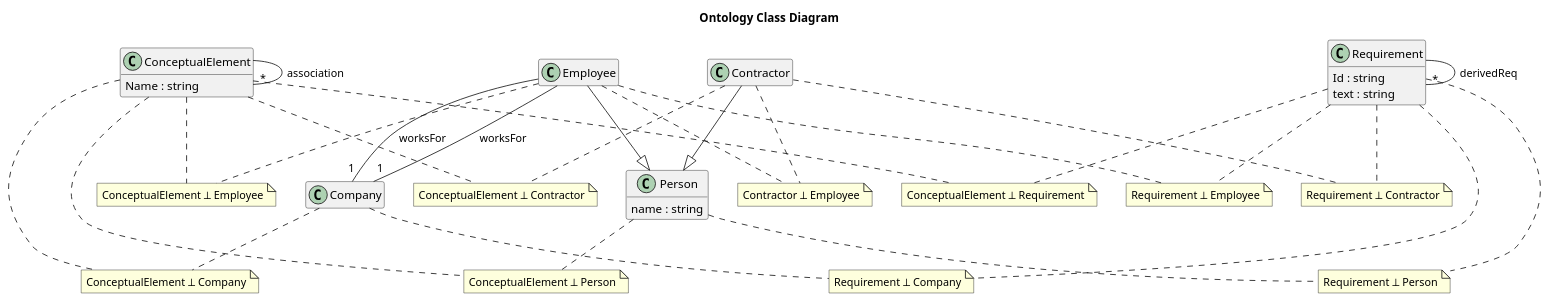
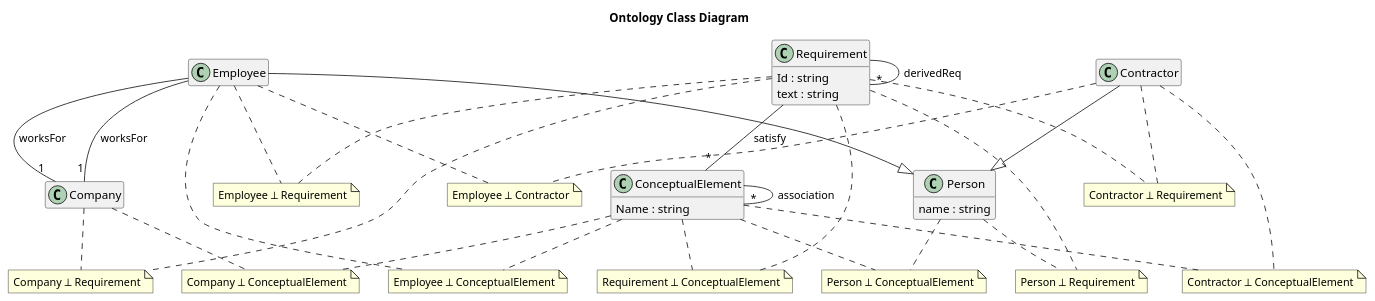
The diagram in diagrams/domain.puml (mattharrigan/owl-shacl-python-starter), drawn with PlantUML before and after one commit. The commit also changed 2 other files, not shown here.

Commit message:
add satisfy relationship

```diff
--- a/diagrams/domain.puml
+++ b/diagrams/domain.puml
@@ -1,57 +1,58 @@
 @startuml
 hide empty members
 skinparam classAttributeIconSize 0
 title Ontology Class Diagram
 class Company {
 }
 class ConceptualElement {
   Name : string
 }
 class Contractor {
 }
 class Employee {
 }
 class Person {
   name : string
 }
 class Requirement {
   Id : string
   text : string
 }
 Employee --|> Person
 Contractor --|> Person
 Employee -- "1" Company : worksFor
 Requirement -- "*" Requirement : derivedReq
 ConceptualElement -- "*" ConceptualElement : association
+Requirement -- "*" ConceptualElement : satisfy
 Employee -- "1" Company : worksFor
-note "ConceptualElement ⟂ Company" as N1
+note "Company ⟂ ConceptualElement" as N1
+Company .. N1
 ConceptualElement .. N1
-Company .. N1
-note "Requirement ⟂ Company" as N2
+note "Company ⟂ Requirement" as N2
+Company .. N2
 Requirement .. N2
-Company .. N2
-note "ConceptualElement ⟂ Contractor" as N3
+note "Contractor ⟂ ConceptualElement" as N3
+Contractor .. N3
 ConceptualElement .. N3
-Contractor .. N3
-note "ConceptualElement ⟂ Employee" as N4
+note "Employee ⟂ ConceptualElement" as N4
+Employee .. N4
 ConceptualElement .. N4
-Employee .. N4
-note "ConceptualElement ⟂ Person" as N5
+note "Person ⟂ ConceptualElement" as N5
+Person .. N5
 ConceptualElement .. N5
-Person .. N5
-note "ConceptualElement ⟂ Requirement" as N6
+note "Requirement ⟂ ConceptualElement" as N6
+Requirement .. N6
 ConceptualElement .. N6
-Requirement .. N6
-note "Contractor ⟂ Employee" as N7
+note "Employee ⟂ Contractor" as N7
+Employee .. N7
 Contractor .. N7
-Employee .. N7
-note "Requirement ⟂ Contractor" as N8
+note "Contractor ⟂ Requirement" as N8
+Contractor .. N8
 Requirement .. N8
-Contractor .. N8
-note "Requirement ⟂ Employee" as N9
+note "Employee ⟂ Requirement" as N9
+Employee .. N9
 Requirement .. N9
-Employee .. N9
-note "Requirement ⟂ Person" as N10
+note "Person ⟂ Requirement" as N10
+Person .. N10
 Requirement .. N10
-Person .. N10
 @enduml
```
